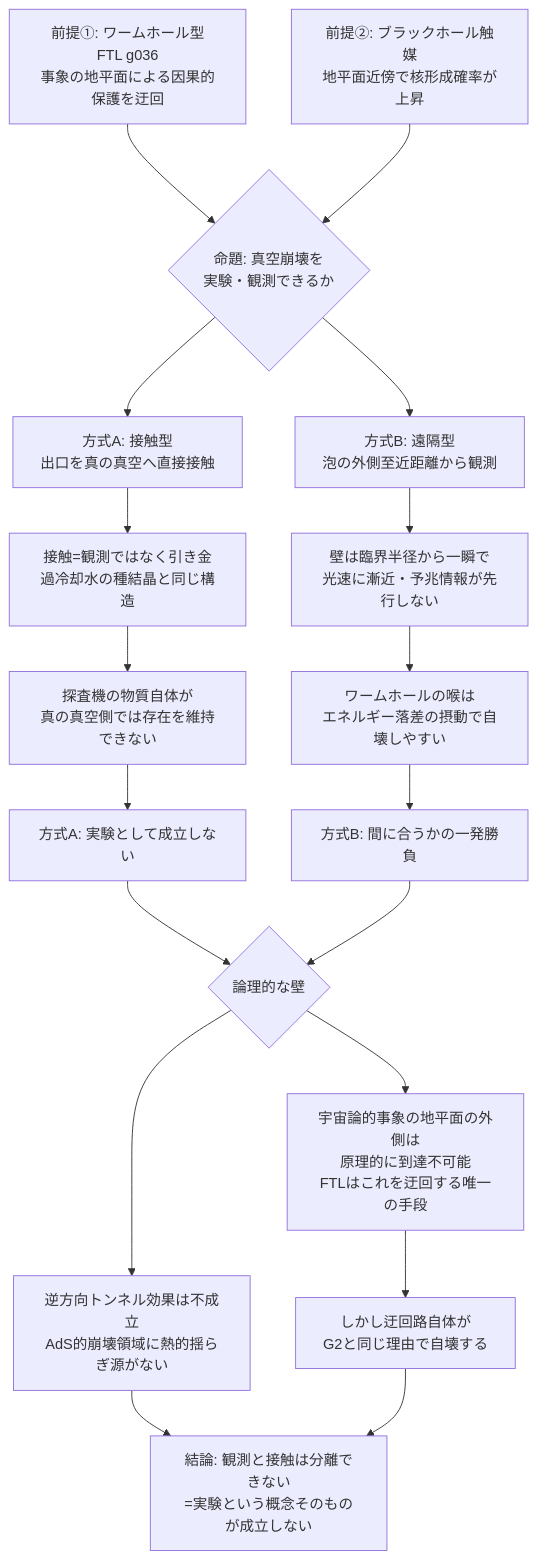
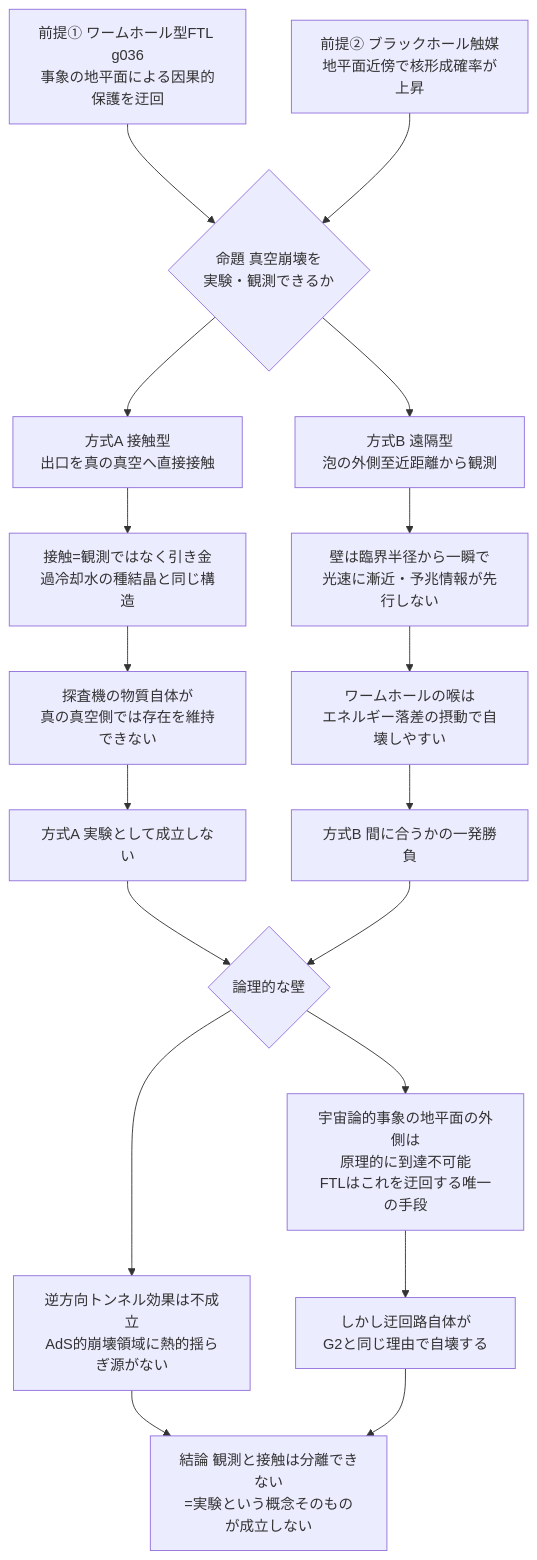
The diagram in docs/physics/wiim_125.md (theronium/WhatIfImpossible), drawn with Mermaid before and after one commit. The commit also changed 26 other files, not shown here.

First line of the commit message:
feat: 記事wiim_126（時空生物仮説）・用語g497〜g499を追加、Mermaid構文エラーを修正

````diff
--- a/docs/physics/wiim_125.md
+++ b/docs/physics/wiim_125.md
@@ -85,26 +85,26 @@
 ```mermaid
 flowchart TD
-    A[前提①: ワームホール型FTL g036\n事象の地平面による因果的保護を迂回] --> C
-    B[前提②: ブラックホール触媒\n地平面近傍で核形成確率が上昇] --> C
-    C{命題: 真空崩壊を\n実験・観測できるか}
+    A["前提① ワームホール型FTL g036\n事象の地平面による因果的保護を迂回"] --> C
+    B["前提② ブラックホール触媒\n地平面近傍で核形成確率が上昇"] --> C
+    C{"命題 真空崩壊を\n実験・観測できるか"}
 
-    C --> D[方式A: 接触型\n出口を真の真空へ直接接触]
-    C --> E[方式B: 遠隔型\n泡の外側至近距離から観測]
+    C --> D["方式A 接触型\n出口を真の真空へ直接接触"]
+    C --> E["方式B 遠隔型\n泡の外側至近距離から観測"]
 
     D --> D1[接触=観測ではなく引き金\n過冷却水の種結晶と同じ構造]
     D1 --> D2[探査機の物質自体が\n真の真空側では存在を維持できない]
-    D2 --> F1[方式A: 実験として成立しない]
+    D2 --> F1["方式A 実験として成立しない"]
 
     E --> E1[壁は臨界半径から一瞬で\n光速に漸近・予兆情報が先行しない]
     E1 --> E2[ワームホールの喉は\nエネルギー落差の摂動で自壊しやすい]
-    E2 --> F2[方式B: 間に合うかの一発勝負]
+    E2 --> F2["方式B 間に合うかの一発勝負"]
 
-    F1 --> G{論理的な壁}
+    F1 --> G{"論理的な壁"}
     F2 --> G
     G --> G1[逆方向トンネル効果は不成立\nAdS的崩壊領域に熱的揺らぎ源がない]
     G --> G2[宇宙論的事象の地平面の外側は\n原理的に到達不可能\nFTLはこれを迂回する唯一の手段]
     G2 --> G3[しかし迂回路自体が\nG2と同じ理由で自壊する]
 
-    G1 --> H[結論: 観測と接触は分離できない\n=実験という概念そのものが成立しない]
+    G1 --> H["結論 観測と接触は分離できない\n=実験という概念そのものが成立しない"]
     G3 --> H
 ```
````
